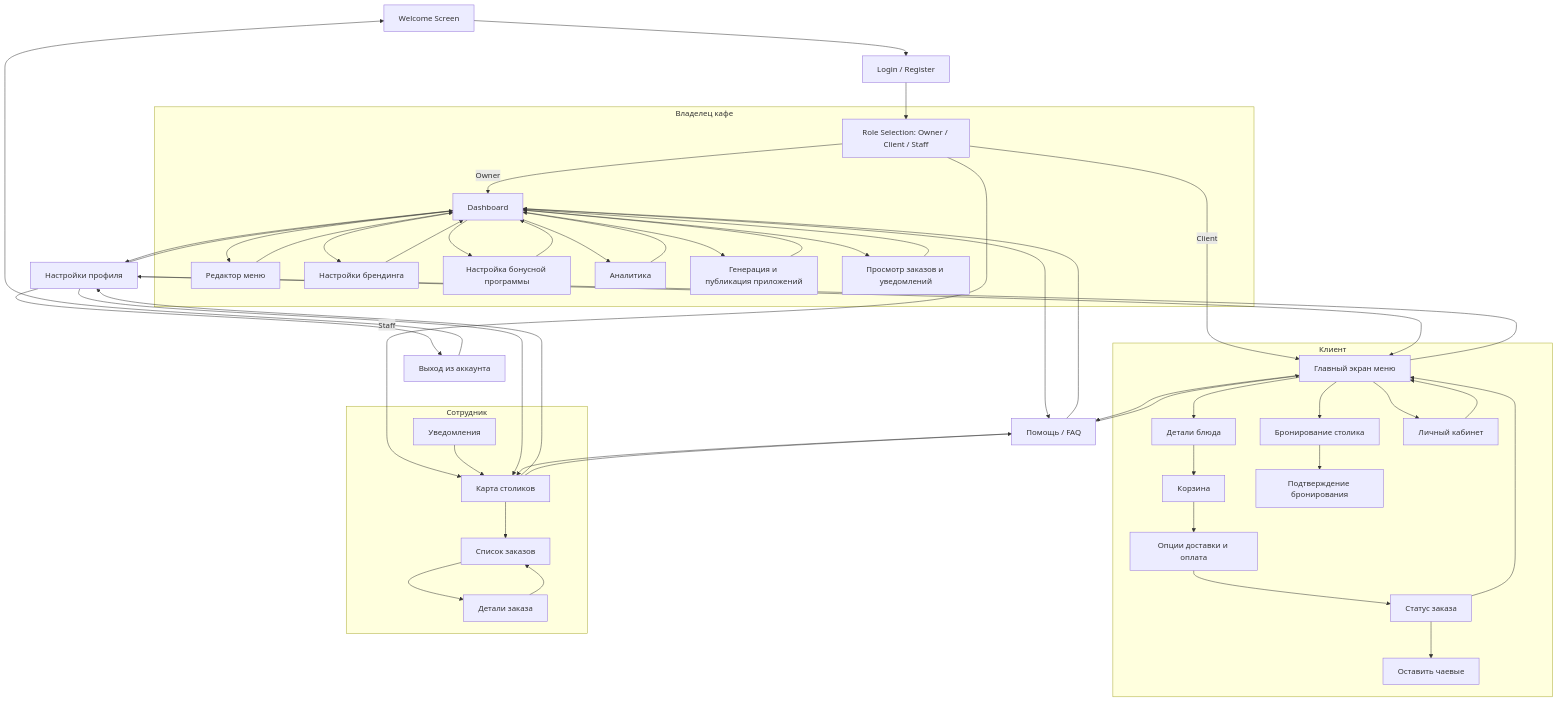
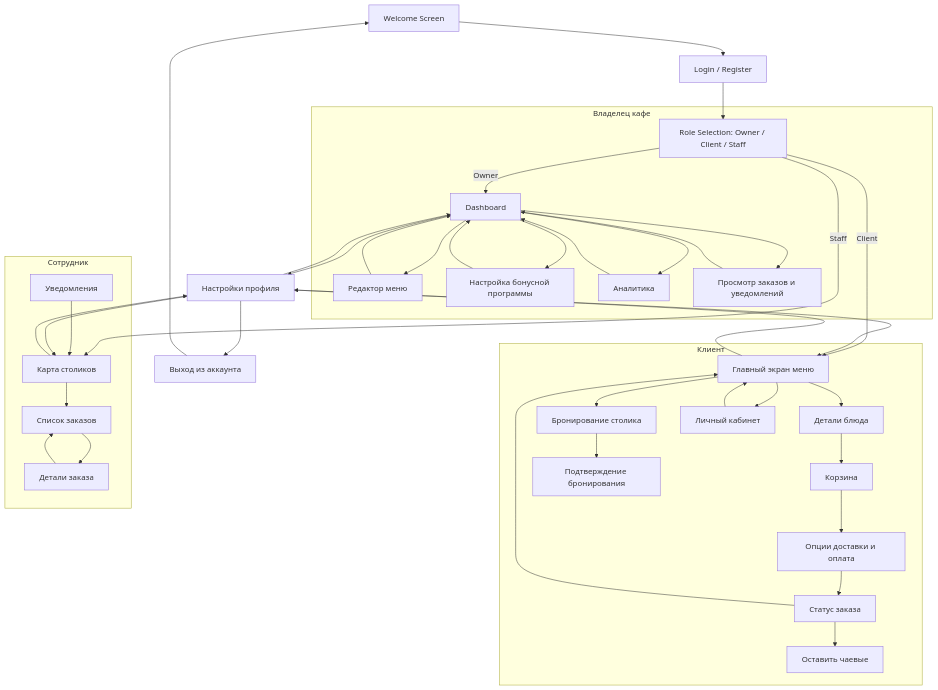
The diagram in screenflow.md (derandomize/MyCafe), drawn with Mermaid before and after one commit. The commit also changed other lines of this file, not shown here.

Commit message:
diagramm fix and add link

````diff
--- a/screenflow.md
+++ b/screenflow.md
@@ -65,24 +65,18 @@
   subgraph OwnerFlow [Владелец кафе]
     D1[Dashboard]
     M1[Редактор меню]
-    B1[Настройки брендинга]
     P1[Настройка бонусной программы]
     A1[Аналитика]
-    G1[Генерация и публикация приложений]
     S1[Просмотр заказов и уведомлений]
 
     R -->|Owner| D1
     D1 --> M1
-    D1 --> B1
     D1 --> P1
     D1 --> A1
-    D1 --> G1
     D1 --> S1
     M1 --> D1
-    B1 --> D1
     P1 --> D1
     A1 --> D1
-    G1 --> D1
     S1 --> D1
   end
 
@@ -127,26 +121,18 @@
 
   %% Общие экраны
   Settings[Настройки профиля]
-  Help[Помощь / FAQ]
   Logout[Выход из аккаунта]
 
   D1 --> Settings
   D2 --> Settings
   D3 --> Settings
 
-  D1 --> Help
-  D2 --> Help
-  D3 --> Help
-
   Settings --> D1
   Settings --> D2
   Settings --> D3
 
-  Help --> D1
-  Help --> D2
-  Help --> D3
-
   Settings --> Logout
   Logout --> W
 
+
 ```
````
